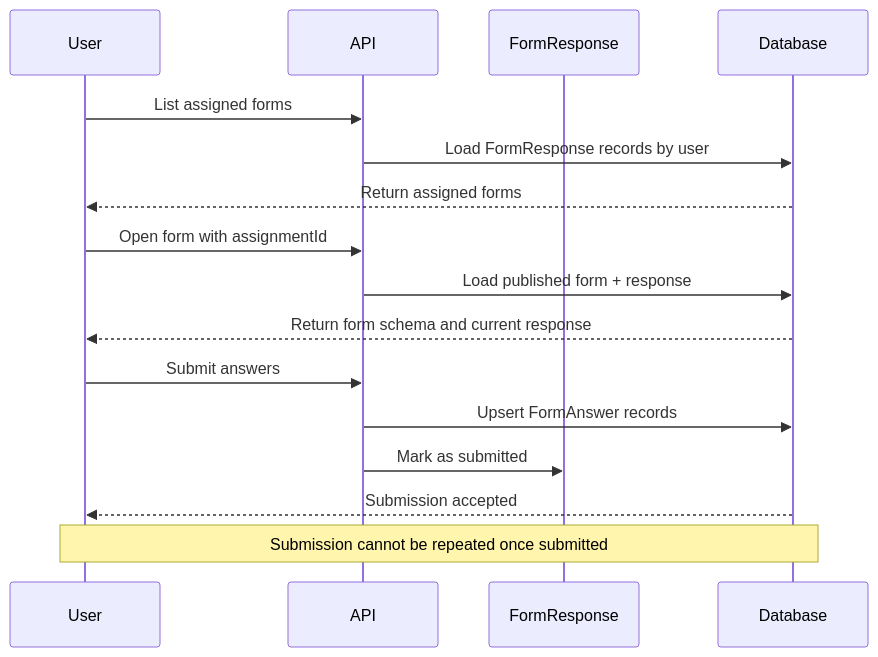
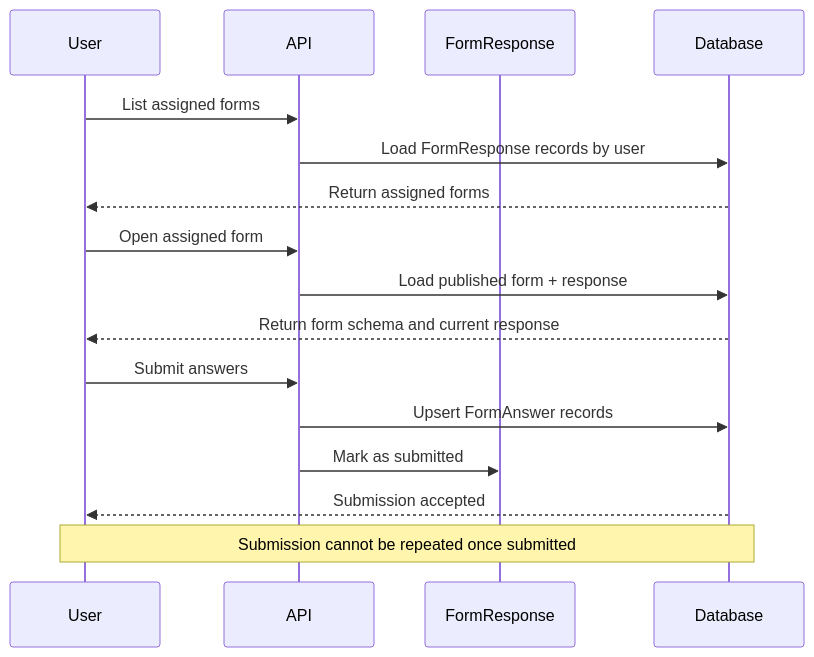
Before and after one commit to Gzerox/ack-nestjs-boilerplate: the second of 2 diagrams in docs/form.md, drawn with Mermaid. The commit also changed other lines of this file and 8 other files, not shown here.

````diff
--- a/docs/form.md
+++ b/docs/form.md
@@ -241,19 +249,19 @@
 ```mermaid
 sequenceDiagram
     participant User
     participant API
     participant Response as FormResponse
     participant Database
 
     User->>API: List assigned forms
     API->>Database: Load FormResponse records by user
     Database-->>User: Return assigned forms
-    User->>API: Open form with assignmentId
+    User->>API: Open assigned form
     API->>Database: Load published form + response
     Database-->>User: Return form schema and current response
     User->>API: Submit answers
     API->>Database: Upsert FormAnswer records
     API->>Response: Mark as submitted
     Database-->>User: Submission accepted
     Note over User,Database: Submission cannot be repeated once submitted
 ```
````
